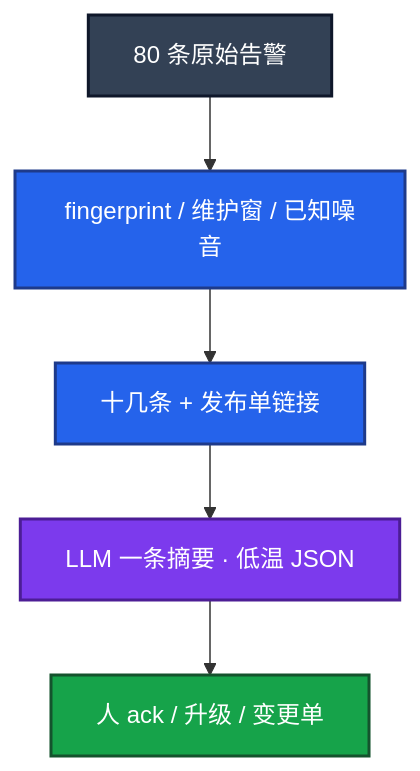
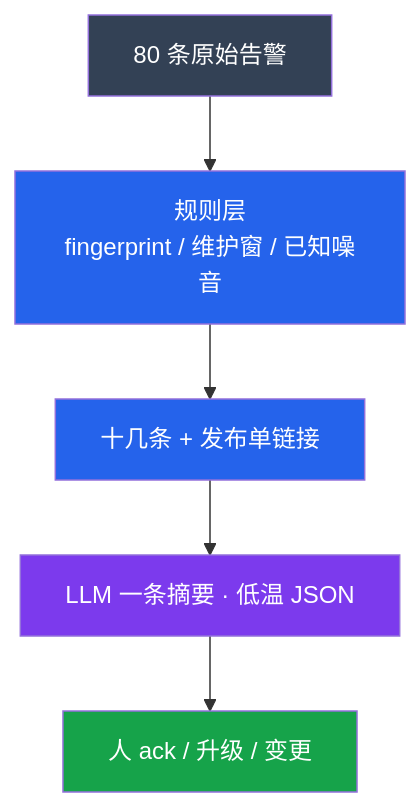
One commit to ml-cuizijun/LearnToLilith changed the second of 4 diagrams in 09-AI与智能运维/09-AIOps落地/知识点.md. Above: the diagram before and after it, drawn with Mermaid. The commit also changed other lines of this file and 213 other files, not shown here.

````diff
--- a/09-AI与智能运维/09-AIOps落地/知识点.md
+++ b/09-AI与智能运维/09-AIOps落地/知识点.md
@@ -169,16 +125,15 @@
 ```mermaid
 flowchart TB
-    A[80 条原始告警] --> B[fingerprint / 维护窗 / 已知噪音]
-    B --> C[十几条 + 发布单链接]
-    C --> D[LLM 一条摘要 · 低温 JSON]
-    D --> E[人 ack / 升级 / 变更单]
+    classDef raw fill:#334155,color:#fff
+    classDef rule fill:#2563EB,color:#fff
+    classDef llm fill:#7C3AED,color:#fff
+    classDef ok fill:#16A34A,color:#fff
 
-    classDef a fill:#334155,stroke:#0F172A,stroke-width:2px,color:#fff
-    classDef b fill:#2563EB,stroke:#1E3A8A,stroke-width:2px,color:#fff
-    classDef c fill:#7C3AED,stroke:#4C1D95,stroke-width:2px,color:#fff
-    classDef ok fill:#16A34A,stroke:#14532D,stroke-width:2px,color:#fff
-    class A a
-    class B,C b
-    class D c
-    class E ok
+    A["80 条原始告警"]:::raw
+    B["规则层<br/>fingerprint / 维护窗 / 已知噪音"]:::rule
+    C["十几条 + 发布单链接"]:::rule
+    D["LLM 一条摘要 · 低温 JSON"]:::llm
+    E["人 ack / 升级 / 变更"]:::ok
+
+    A --> B --> C --> D --> E
 ```
````
